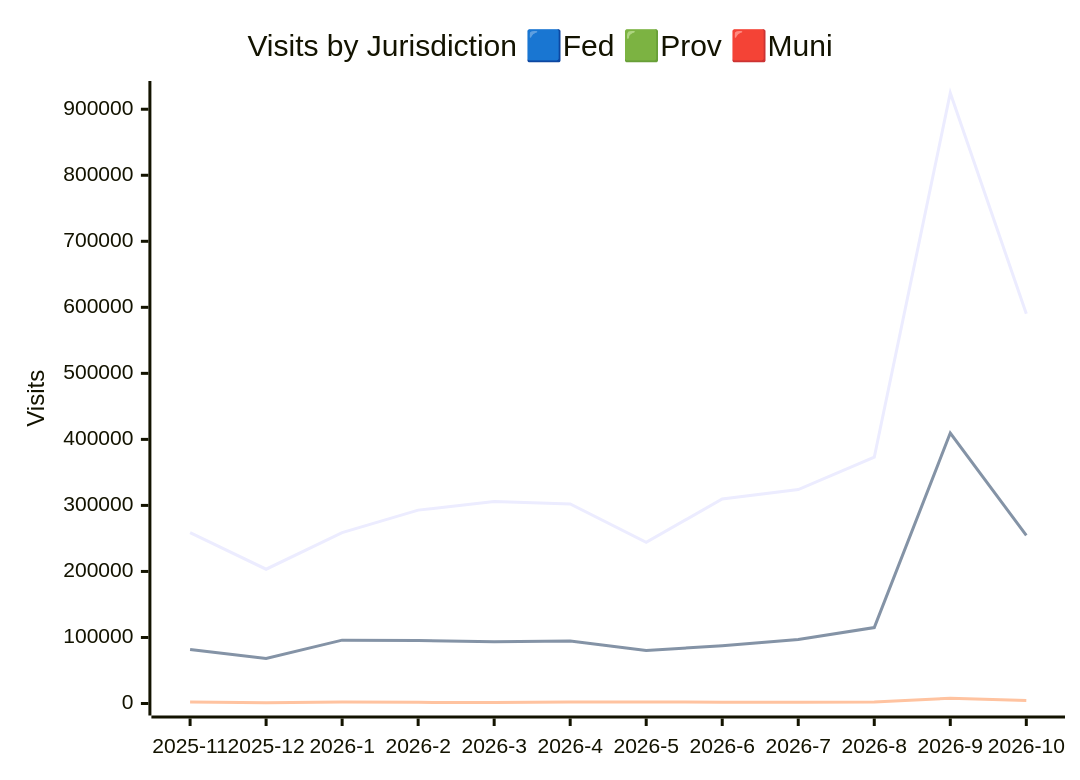
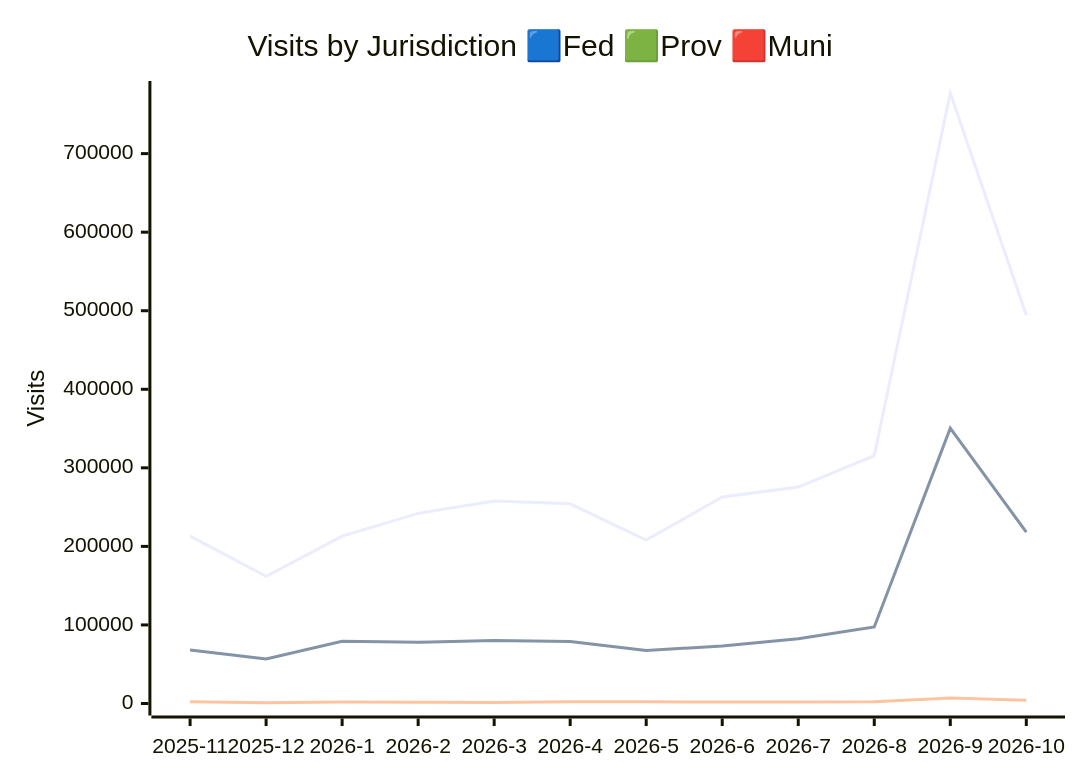
One commit to open-data/analytics-corporate-reporting changed the second of 3 diagrams in JURISDICTION_ANALYTICS_REPORT/readme.md. Above: the diagram before and after it, drawn with Mermaid. The commit also changed other lines of this file and 3 other files, not shown here.

````diff
--- a/JURISDICTION_ANALYTICS_REPORT/readme.md
+++ b/JURISDICTION_ANALYTICS_REPORT/readme.md
@@ -26,10 +26,10 @@
 ```mermaid
 
 xychart-beta
     title "Visits by Jurisdiction 🟦Fed 🟩Prov 🟥Muni"
     x-axis [2025-11, 2025-12, 2026-1, 2026-2, 2026-3, 2026-4, 2026-5, 2026-6, 2026-7, 2026-8, 2026-9, 2026-10]
-    y-axis "Visits" 0 --> 924593
-    line [258794, 203364, 258745, 292899, 306031, 302089, 244095, 309690, 323942, 372949, 924583, 590245]
-    line [81845, 68266, 95932, 95349, 93503, 94555, 80340, 87536, 97023, 115014, 409603, 254619]
-    line [2282, 1200, 2113, 1718, 1475, 2389, 2241, 2036, 1954, 2432, 7862, 4611]
+    y-axis "Visits" 0 --> 777176
+    line [213011, 161806, 213071, 241970, 257686, 254242, 208001, 262889, 275575, 315511, 777166, 494365]
+    line [68182, 56710, 79331, 77960, 80180, 78967, 67564, 73158, 82572, 97443, 350486, 218146]
+    line [2127, 1112, 1971, 1503, 1330, 2180, 2070, 1824, 1779, 2162, 7044, 3990]
 ```
````
